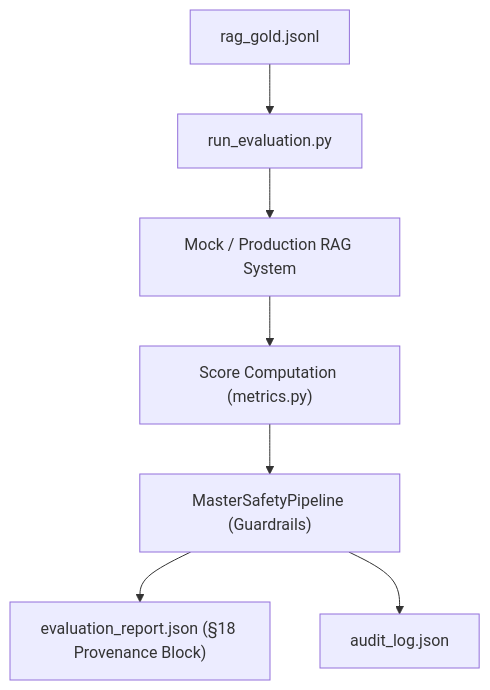
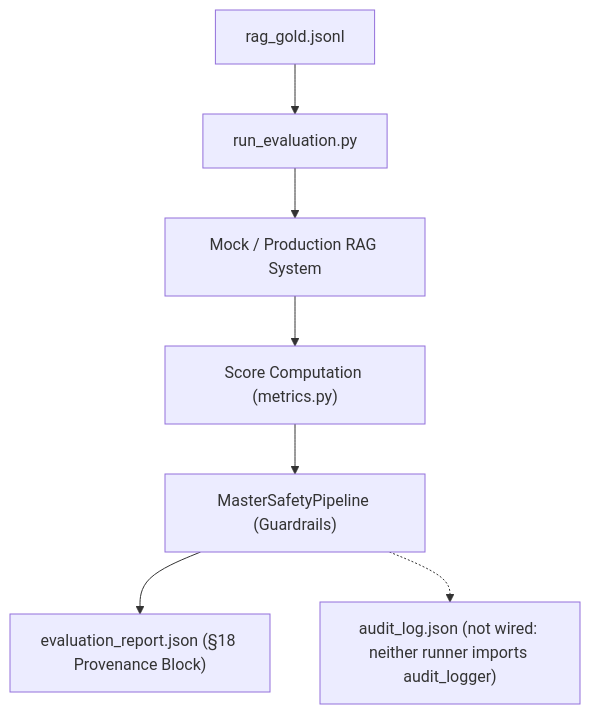
The diagram in docs/evaluation/harness.md (FCDS-College/Nasa), drawn with Mermaid before and after one commit. The commit also changed other lines of this file and 11 other files, not shown here.

````diff
--- a/docs/evaluation/harness.md
+++ b/docs/evaluation/harness.md
@@ -43,9 +43,9 @@
 ```mermaid
 flowchart TD
     G["rag_gold.jsonl"] --> R["run_evaluation.py"]
     R --> M["Mock / Production RAG System"]
     M --> S["Score Computation (metrics.py)"]
     S --> P["MasterSafetyPipeline (Guardrails)"]
     P --> REP["evaluation_report.json (§18 Provenance Block)"]
-    P --> LOG["audit_log.json"]
+    P -.-> LOG["audit_log.json (not wired: neither runner imports audit_logger)"]
 ```
````
